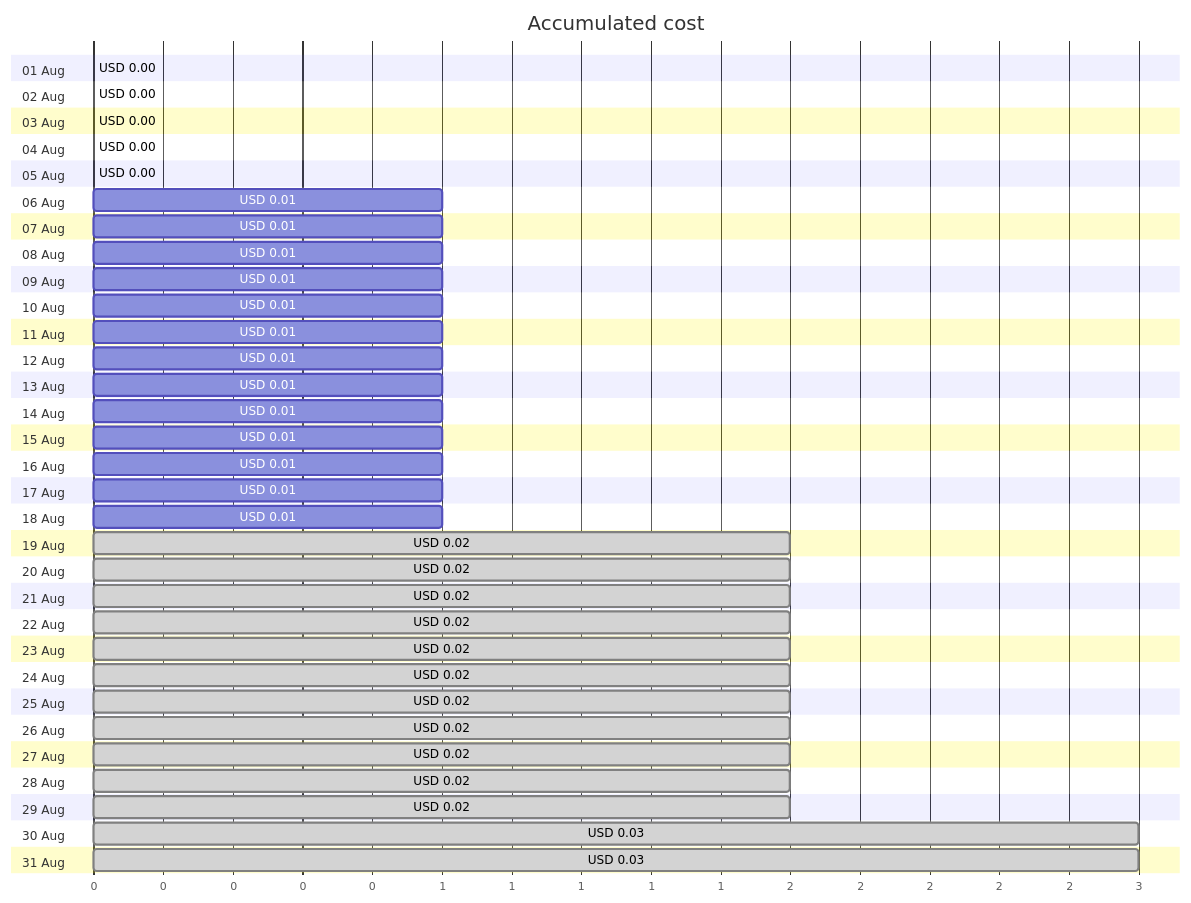
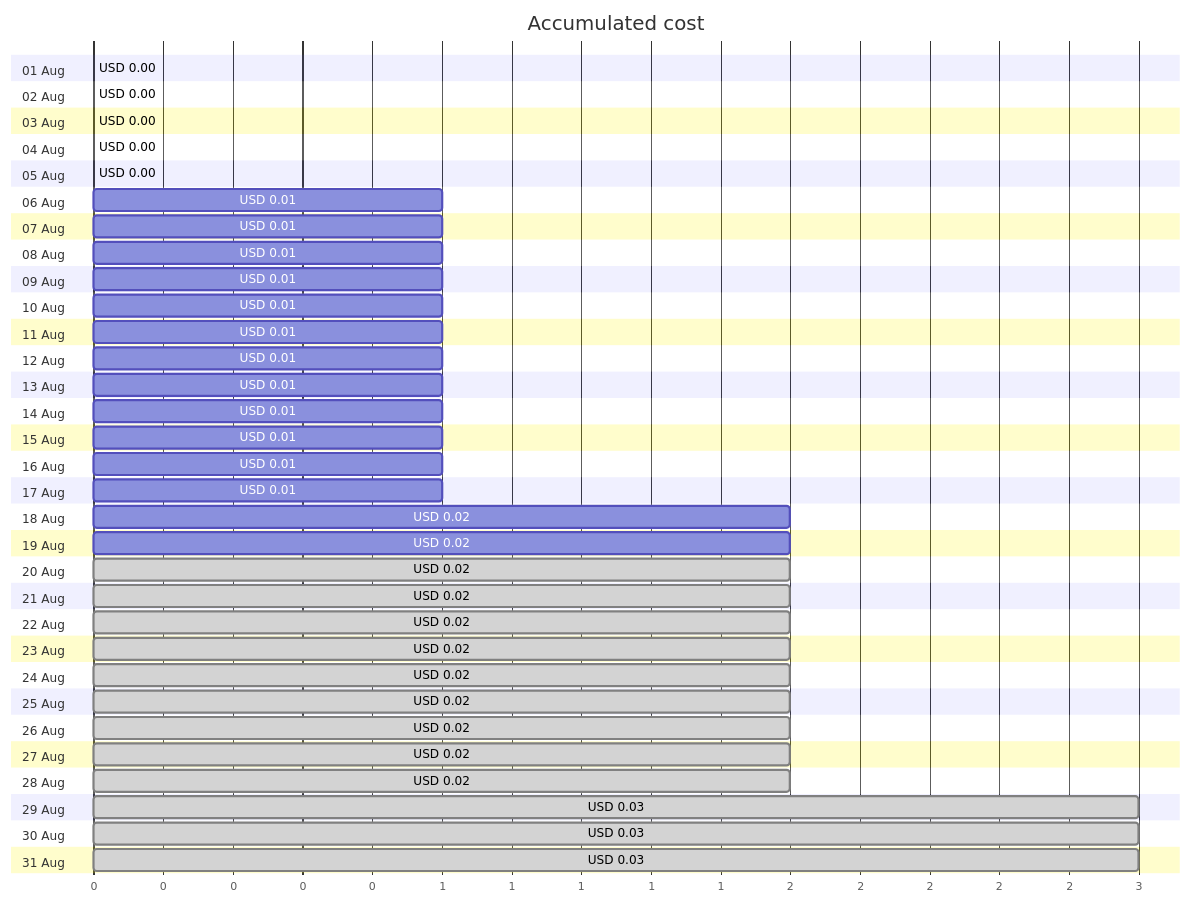
One commit to jpfulton/azure-personal-reports changed the first of 4 diagrams in cost-reports/personal-site/personalsiteapistorage.md. Above: the diagram before and after it, drawn with Mermaid. The commit also changed other lines of this file and 6 other files, not shown here.

````diff
--- a/cost-reports/personal-site/personalsiteapistorage.md
+++ b/cost-reports/personal-site/personalsiteapistorage.md
@@ -20,68 +20,68 @@
 ```mermaid
 gantt
    title Accumulated cost
    dateFormat  X
    axisFormat %s
    section 01 Aug
    USD 0.00 :0, 0
    section 02 Aug
    USD 0.00 :0, 0
    section 03 Aug
    USD 0.00 :0, 0
    section 04 Aug
    USD 0.00 :0, 0
    section 05 Aug
    USD 0.00 :0, 0
    section 06 Aug
    USD 0.01 :0, 1
    section 07 Aug
    USD 0.01 :0, 1
    section 08 Aug
    USD 0.01 :0, 1
    section 09 Aug
    USD 0.01 :0, 1
    section 10 Aug
    USD 0.01 :0, 1
    section 11 Aug
    USD 0.01 :0, 1
    section 12 Aug
    USD 0.01 :0, 1
    section 13 Aug
    USD 0.01 :0, 1
    section 14 Aug
    USD 0.01 :0, 1
    section 15 Aug
    USD 0.01 :0, 1
    section 16 Aug
    USD 0.01 :0, 1
    section 17 Aug
    USD 0.01 :0, 1
    section 18 Aug
-   USD 0.01 :0, 1
+   USD 0.02 :0, 2
    section 19 Aug
-   USD 0.02 : done, 0, 2
+   USD 0.02 :0, 2
    section 20 Aug
    USD 0.02 : done, 0, 2
    section 21 Aug
    USD 0.02 : done, 0, 2
    section 22 Aug
    USD 0.02 : done, 0, 2
    section 23 Aug
    USD 0.02 : done, 0, 2
    section 24 Aug
    USD 0.02 : done, 0, 2
    section 25 Aug
    USD 0.02 : done, 0, 2
    section 26 Aug
    USD 0.02 : done, 0, 2
    section 27 Aug
    USD 0.02 : done, 0, 2
    section 28 Aug
    USD 0.02 : done, 0, 2
    section 29 Aug
-   USD 0.02 : done, 0, 2
+   USD 0.03 : done, 0, 3
    section 30 Aug
    USD 0.03 : done, 0, 3
    section 31 Aug
    USD 0.03 : done, 0, 3
 ```
````
